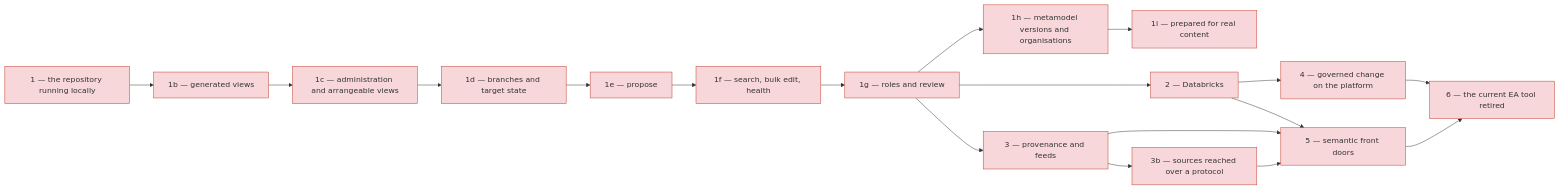
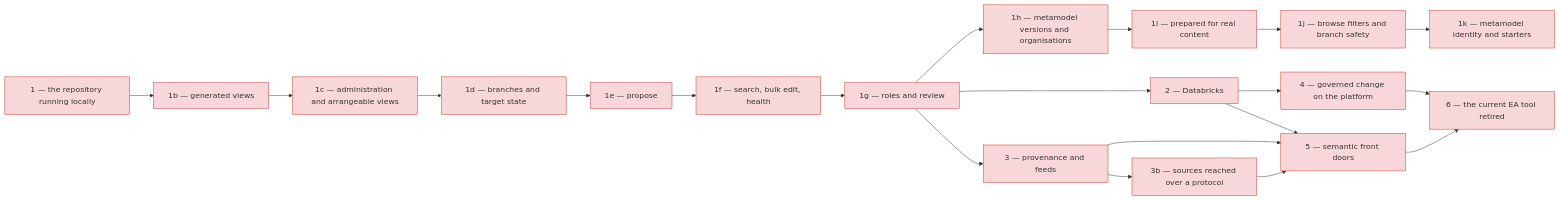
Before and after one commit to roanboc/dbx-enterprise-architecture: the second of 3 diagrams in architecture/6_transition/2_sequence.md, drawn with Mermaid. The commit also changed other lines of this file and 13 other files, not shown here.

First line of the commit message:
docs(architecture): initiative 21 in the model — decisions 0021 and 0022

````diff
--- a/architecture/6_transition/2_sequence.md
+++ b/architecture/6_transition/2_sequence.md
@@ -22,30 +22,32 @@
 ```mermaid
 flowchart LR
   s1["1 — the repository running locally"]:::implementation
   s1b["1b — generated views"]:::implementation
   s1c["1c — administration and arrangeable views"]:::implementation
   s1d["1d — branches and target state"]:::implementation
   s1e["1e — propose"]:::implementation
   s1f["1f — search, bulk edit, health"]:::implementation
   s1g["1g — roles and review"]:::implementation
   s1h["1h — metamodel versions and organisations"]:::implementation
   s1i["1i — prepared for real content"]:::implementation
+  s1j["1j — browse filters and branch safety"]:::implementation
+  s1k["1k — metamodel identity and starters"]:::implementation
   s2["2 — Databricks"]:::implementation
   s3["3 — provenance and feeds"]:::implementation
   s3b["3b — sources reached over a protocol"]:::implementation
   s4["4 — governed change on the platform"]:::implementation
   s5["5 — semantic front doors"]:::implementation
   s6["6 — the current EA tool retired"]:::implementation
-  s1 --> s1b --> s1c --> s1d --> s1e --> s1f --> s1g --> s1h --> s1i
+  s1 --> s1b --> s1c --> s1d --> s1e --> s1f --> s1g --> s1h --> s1i --> s1j --> s1k
   s1g --> s2
   s1g --> s3
   s3 --> s3b
   s2 --> s4
   s2 --> s5
   s3 --> s5
   s3b --> s5
   s4 --> s6
   s5 --> s6
 
   classDef implementation fill:#f8d7da,stroke:#c0392b,color:#333
 ```
````
